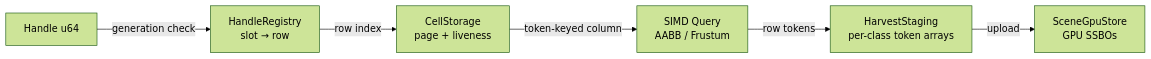
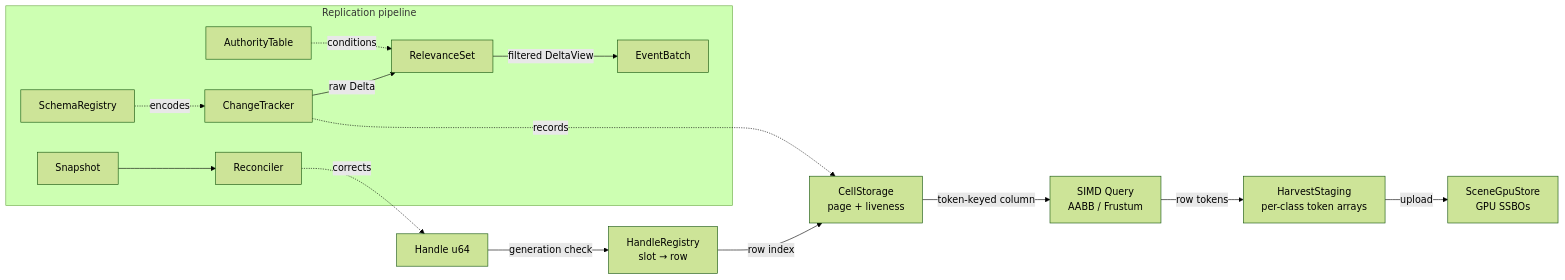
The second of 2 diagrams in README.md (Far-Beyond-Pulsar/SceneDB), drawn with Mermaid (forest theme) before and after one commit. The commit also changed other lines of this file, not shown here.

````diff
--- a/README.md
+++ b/README.md
@@ -52,8 +68,21 @@
 ```mermaid
 flowchart LR
     H[Handle u64] -->|generation check| R[HandleRegistry<br/>slot → row]
     R -->|row index| C[CellStorage<br/>page + liveness]
     C -->|token-keyed column| Q[SIMD Query<br/>AABB / Frustum]
     Q -->|row tokens| HS[HarvestStaging<br/>per-class token arrays]
     HS -->|upload| SS[SceneGpuStore<br/>GPU SSBOs]
+
+    subgraph REP[Replication pipeline]
+        CT[ChangeTracker] -->|raw Delta| RS[RelevanceSet]
+        SCHEMA[SchemaRegistry]
+        AT[AuthorityTable]
+        RS -->|filtered DeltaView| EV[EventBatch]
+        SNAP[Snapshot] --> REC[Reconciler]
+    end
+
+    CT -.->|records| C
+    SCHEMA -.->|encodes| CT
+    AT -.->|conditions| RS
+    REC -.->|corrects| H
 ```
````
